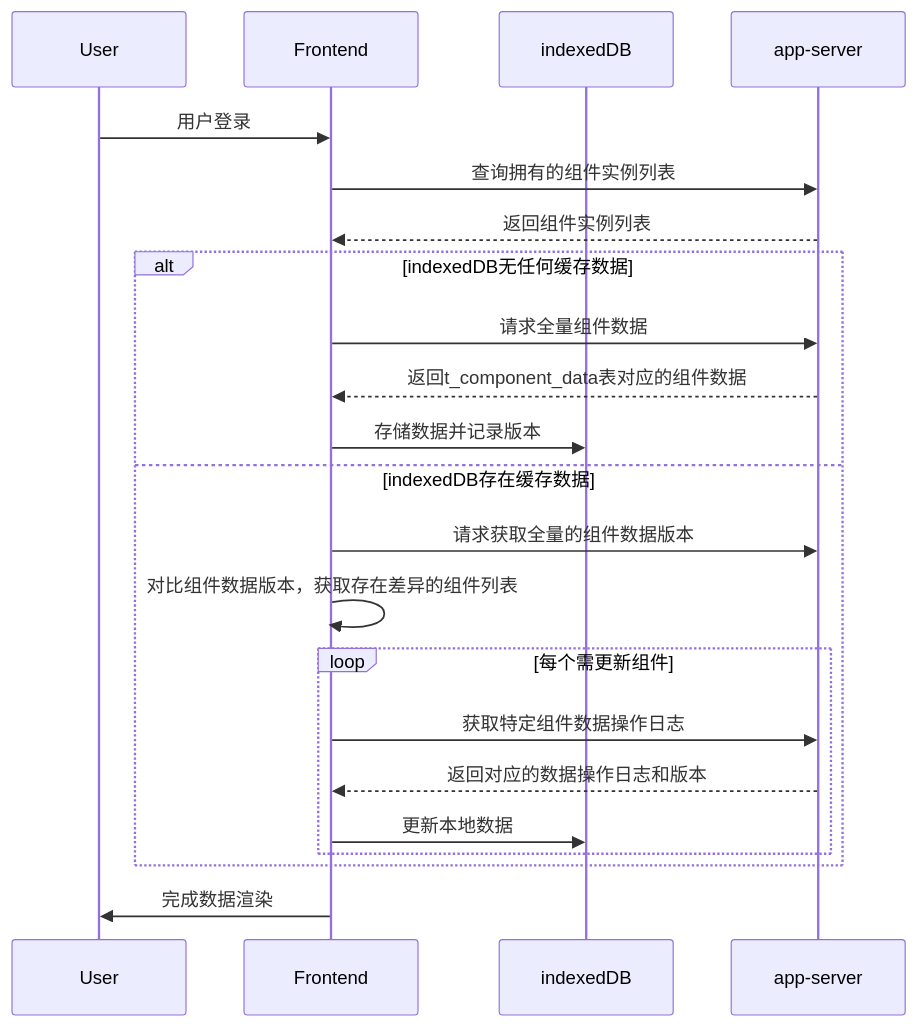
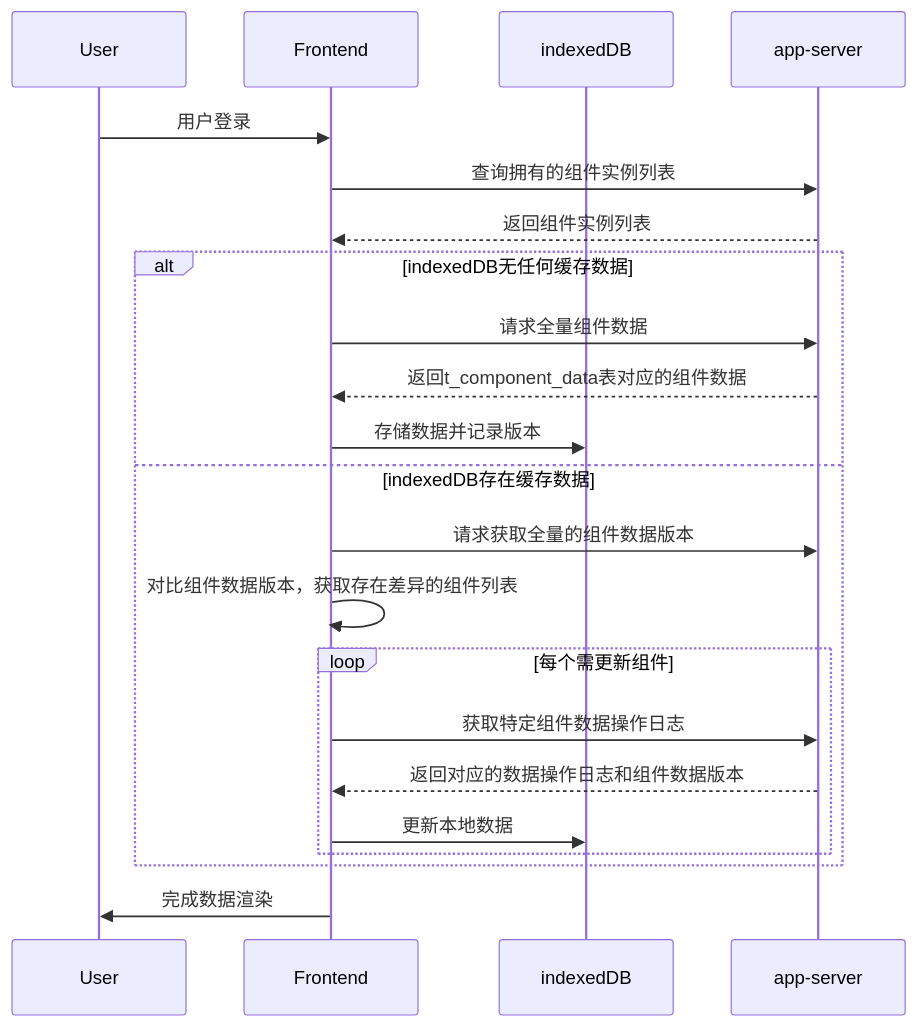
The diagram in all/未命名-25.md (yingjianzh/iodraw-files), drawn with Mermaid before and after one commit.

Commit message:
2025-02-25 10:52:49 update

````diff
--- a/all/未命名-25.md
+++ b/all/未命名-25.md
@@ -1,29 +1,29 @@
 ```mermaid
 
 sequenceDiagram
     participant User
     participant Frontend
     participant indexedDB
     participant app-server
 
 
     User->>Frontend: 用户登录
     Frontend->>app-server: 查询拥有的组件实例列表
     app-server-->>Frontend: 返回组件实例列表
     
     alt indexedDB无任何缓存数据
         Frontend->>app-server: 请求全量组件数据
         app-server-->>Frontend: 返回t_component_data表对应的组件数据
         Frontend->>indexedDB: 存储数据并记录版本
     else indexedDB存在缓存数据
         Frontend->>app-server: 请求获取全量的组件数据版本
         Frontend->>Frontend: 对比组件数据版本，获取存在差异的组件列表
         loop 每个需更新组件
             Frontend->>app-server: 获取特定组件数据操作日志
-            app-server-->>Frontend: 返回对应的数据操作日志和版本
+            app-server-->>Frontend: 返回对应的数据操作日志和组件数据版本
             Frontend->>indexedDB: 更新本地数据
         end
     end
     Frontend->>User: 完成数据渲染
 
 ```
````
